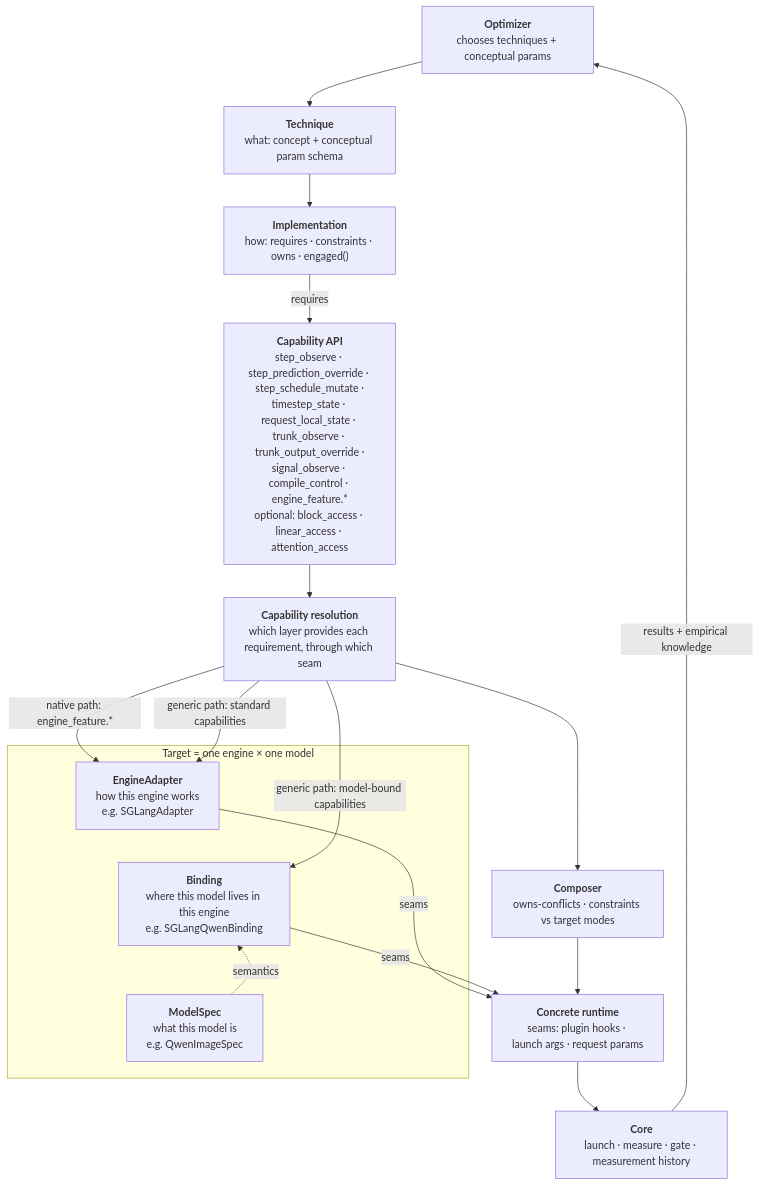
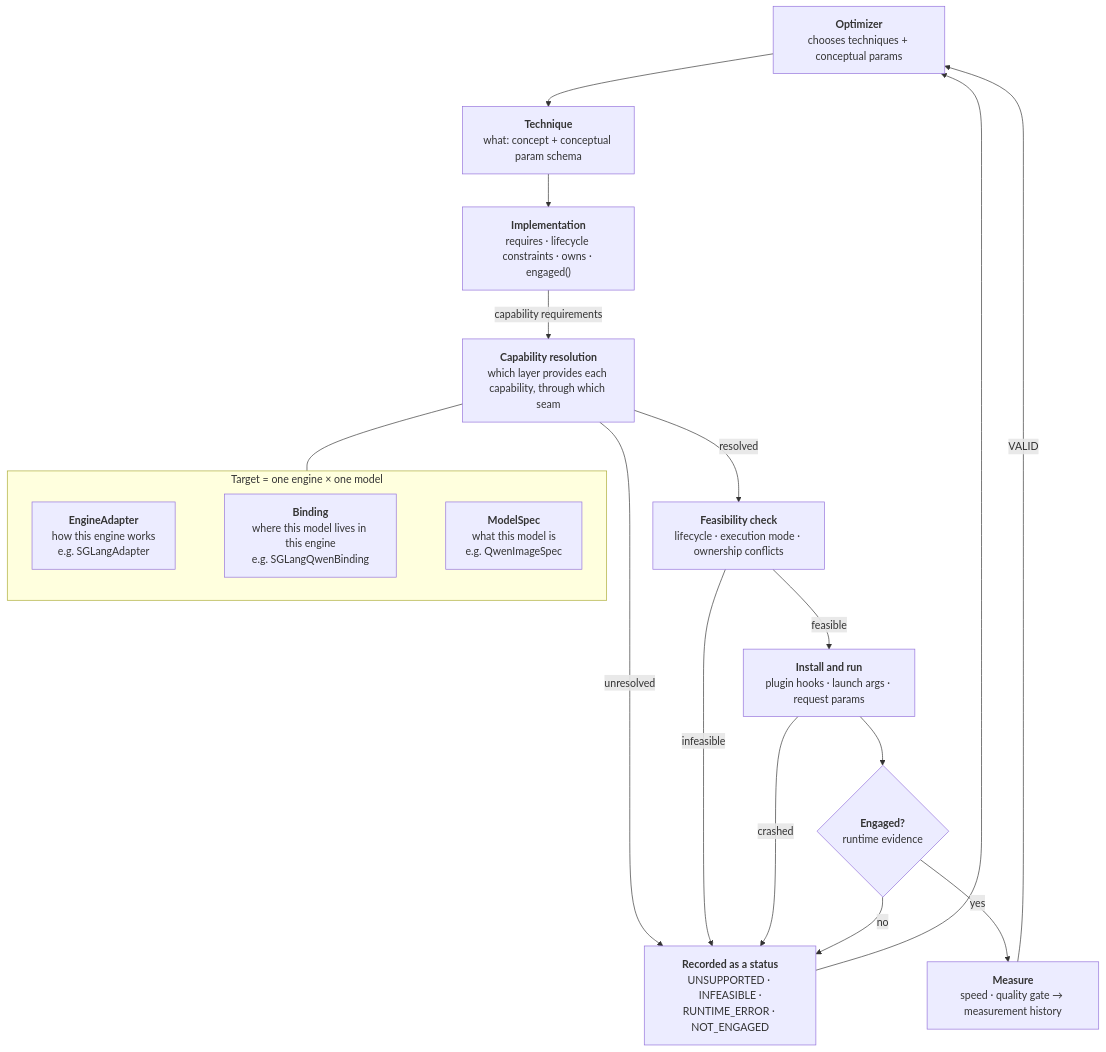
The diagram in docs/architecture.md (fractalyze/optimizer), drawn with Mermaid before and after one commit. The commit also changed other lines of this file and 6 other files, not shown here.

````diff
--- a/docs/architecture.md
+++ b/docs/architecture.md
@@ -31,27 +37,29 @@
 ```mermaid
 flowchart TB
     OPT["<b>Optimizer</b><br/>chooses techniques + conceptual params"]
     TEC["<b>Technique</b><br/>what: concept + conceptual param schema"]
-    IMP["<b>Implementation</b><br/>how: requires · constraints · owns · engaged()"]
-    CAP["<b>Capability API</b><br/>step_observe · step_prediction_override · step_schedule_mutate ·<br/>timestep_state · request_local_state · trunk_observe · trunk_output_override ·<br/>signal_observe · compile_control · engine_feature.*<br/>optional: block_access · linear_access · attention_access"]
-    RES["<b>Capability resolution</b><br/>which layer provides each requirement, through which seam"]
+    IMP["<b>Implementation</b><br/>requires · lifecycle constraints · owns · engaged()"]
+    RES["<b>Capability resolution</b><br/>which layer provides each capability, through which seam"]
     subgraph TGT["Target = one engine × one model"]
         EA["<b>EngineAdapter</b><br/>how this engine works<br/>e.g. SGLangAdapter"]
         BD["<b>Binding</b><br/>where this model lives in this engine<br/>e.g. SGLangQwenBinding"]
         MS["<b>ModelSpec</b><br/>what this model is<br/>e.g. QwenImageSpec"]
         EA ~~~ BD ~~~ MS
     end
-    COMP["<b>Composer</b><br/>owns-conflicts · constraints vs target modes"]
-    RT["<b>Concrete runtime</b><br/>seams: plugin hooks · launch args · request params"]
-    CORE["<b>Core</b><br/>launch · measure · gate · measurement history"]
+    FEAS["<b>Feasibility check</b><br/>lifecycle · execution mode · ownership conflicts"]
+    RUN["<b>Install and run</b><br/>plugin hooks · launch args · request params"]
+    ENG{"<b>Engaged?</b><br/>runtime evidence"}
+    MEAS["<b>Measure</b><br/>speed · quality gate → measurement history"]
+    BAD["<b>Recorded as a status</b><br/>UNSUPPORTED · INFEASIBLE ·<br/>RUNTIME_ERROR · NOT_ENGAGED"]
 
-    OPT --> TEC --> IMP -- requires --> CAP --> RES
-    RES -- "native path: engine_feature.*" --> EA
-    RES -- "generic path: standard capabilities" --> EA
-    RES -- "generic path: model-bound capabilities" --> BD
-    MS -. semantics .-> BD
-    RES --> COMP --> RT
-    EA -- seams --> RT
-    BD -- seams --> RT
-    RT --> CORE -- "results + empirical knowledge" --> OPT
+    OPT --> TEC --> IMP -- "capability requirements" --> RES
+    RES --- TGT
+    RES -- resolved --> FEAS
+    FEAS -- feasible --> RUN --> ENG
+    ENG -- yes --> MEAS -- VALID --> OPT
+    RES -- unresolved --> BAD
+    FEAS -- infeasible --> BAD
+    RUN -- crashed --> BAD
+    ENG -- no --> BAD
+    BAD --> OPT
 ```
````
